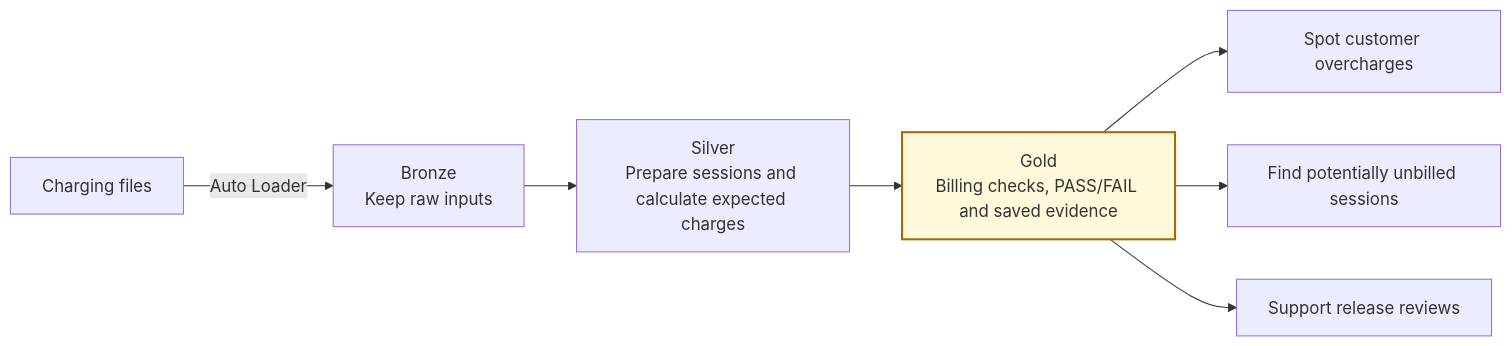
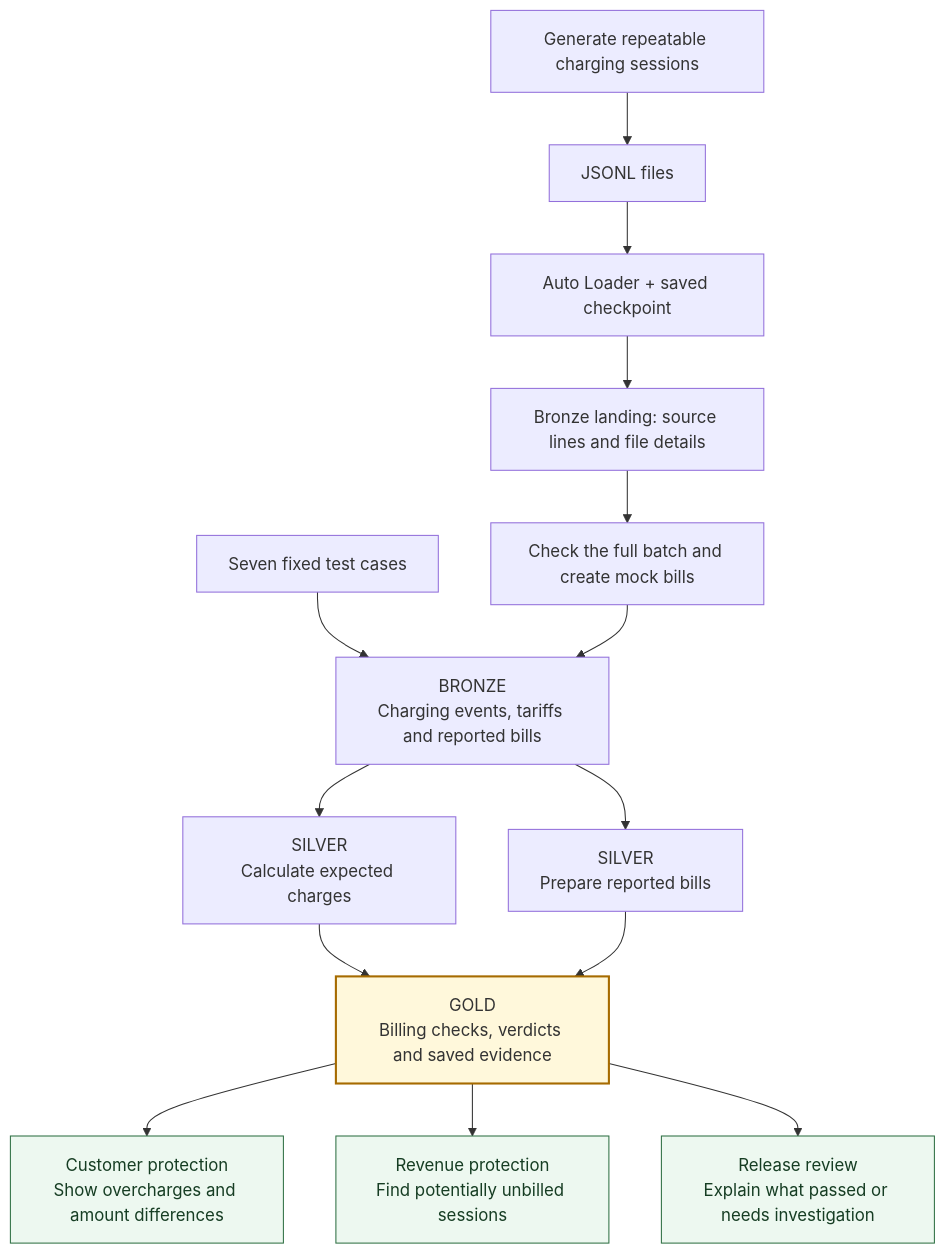
One commit to Selim-Abouleila/ChargeAssert changed the diagram in README.md. Above: the diagram before and after it, drawn with Mermaid. The commit also changed other lines of this file, not shown here.

````diff
--- a/README.md
+++ b/README.md
@@ -23,10 +52,20 @@
 ```mermaid
-flowchart LR
-    Files["Charging files"] -->|Auto Loader| Bronze["Bronze<br/>Keep raw inputs"]
-    Bronze --> Silver["Silver<br/>Prepare sessions and calculate expected charges"]
-    Silver --> Gold["Gold<br/>Billing checks, PASS/FAIL and saved evidence"]
-    Gold --> Customers["Spot customer overcharges"]
-    Gold --> Revenue["Find potentially unbilled sessions"]
-    Gold --> Releases["Support release reviews"]
+flowchart TB
+    Fixed["Seven fixed test cases"] --> Bronze
+    Generator["Generate repeatable charging sessions"] --> Files["JSONL files"]
+    Files --> Loader["Auto Loader + saved checkpoint"]
+    Loader --> Landing["Bronze landing: source lines and file details"]
+    Landing --> Validate["Check the full batch and create mock bills"]
+    Validate --> Bronze["BRONZE<br/>Charging events, tariffs and reported bills"]
+    Bronze --> Expected["SILVER<br/>Calculate expected charges"]
+    Bronze --> Actual["SILVER<br/>Prepare reported bills"]
+    Expected --> Gold
+    Actual --> Gold
+    Gold["GOLD<br/>Billing checks, verdicts and saved evidence"]
+    Gold --> Customers["Customer protection<br/>Show overcharges and amount differences"]
+    Gold --> Revenue["Revenue protection<br/>Find potentially unbilled sessions"]
+    Gold --> Release["Release review<br/>Explain what passed or needs investigation"]
     style Gold fill:#fff8db,stroke:#a66b00,stroke-width:2px
+    classDef business fill:#edf8f0,stroke:#2f7044,color:#163d23
+    class Customers,Revenue,Release business
 ```
````
